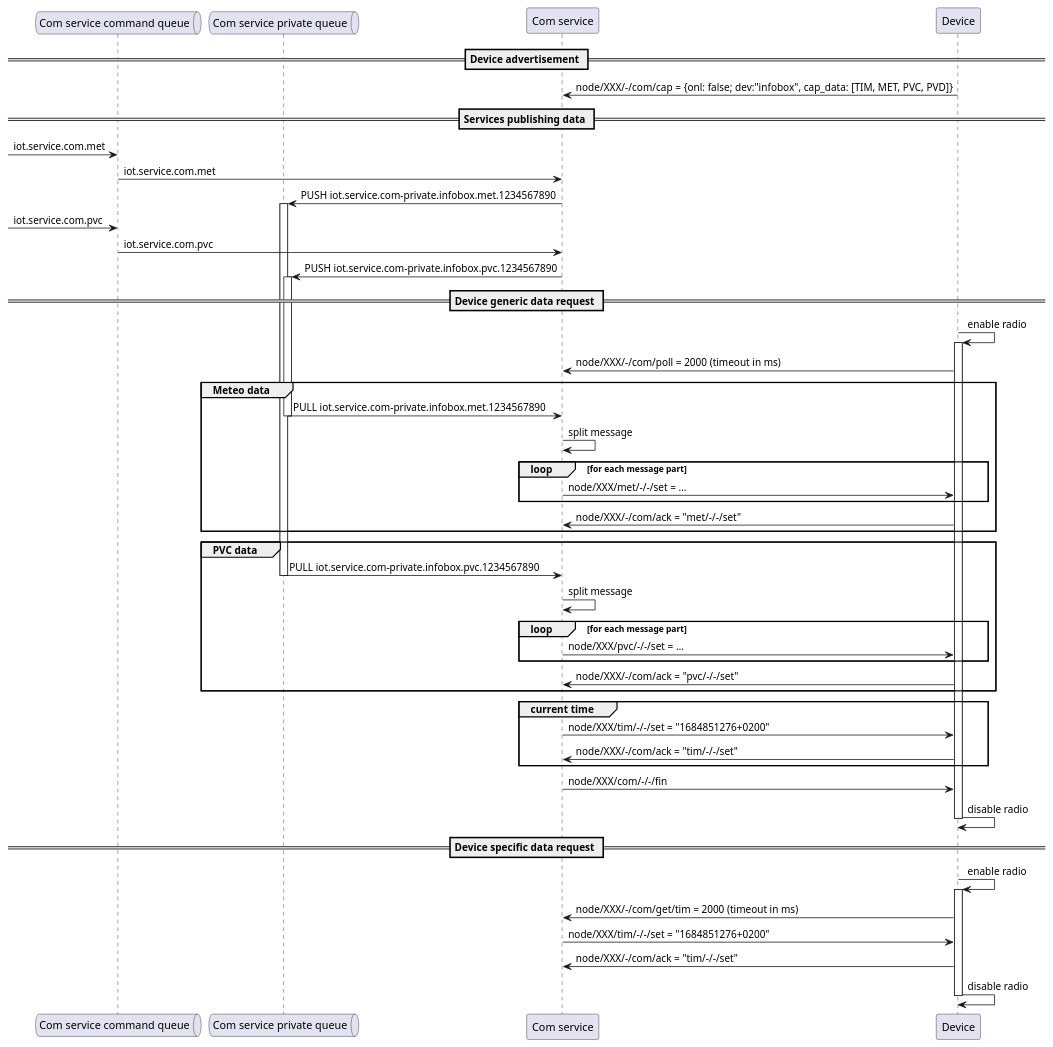
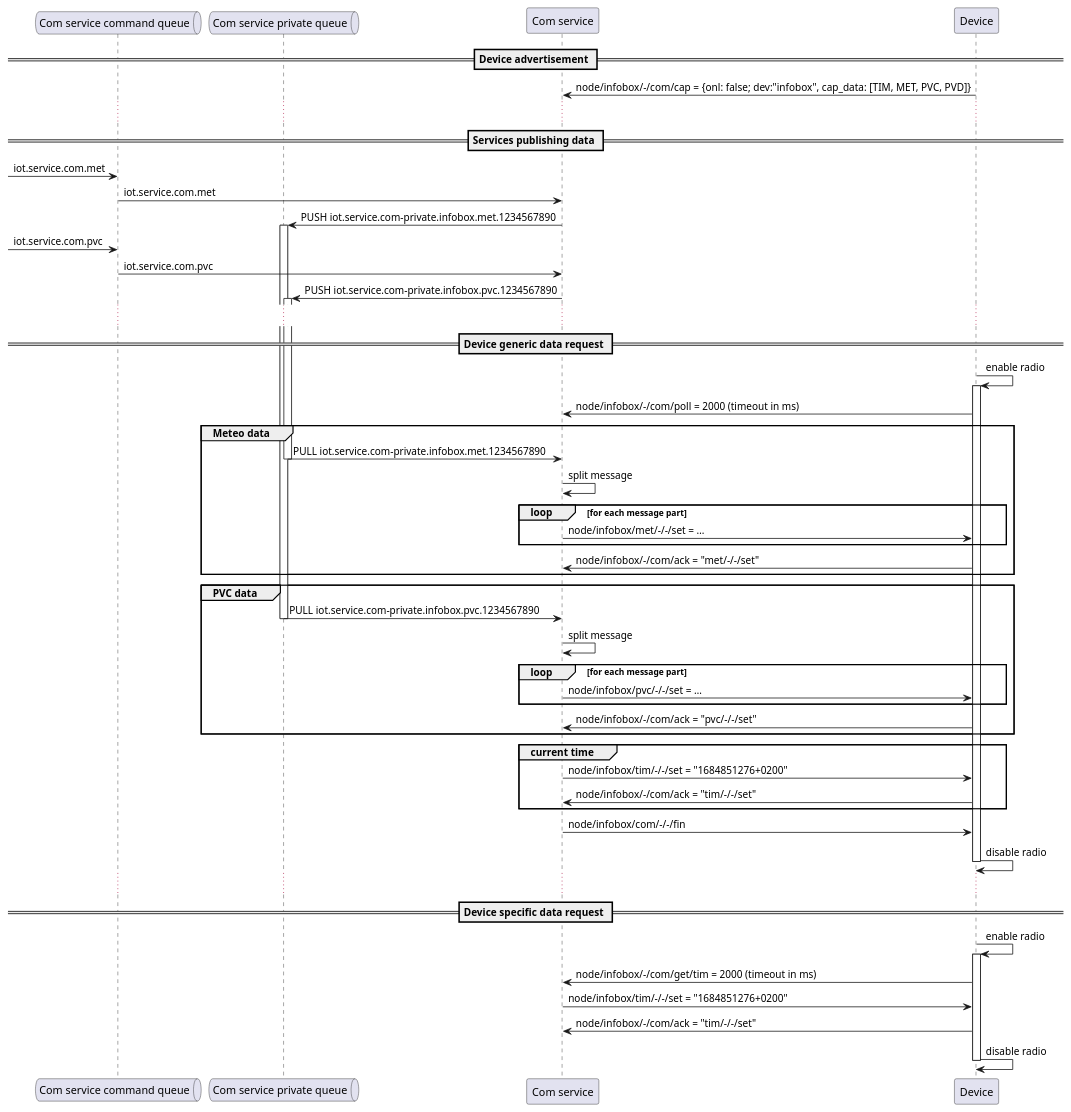
Before and after one commit to mixicz/iot-service-com: the diagram in doc/offline-communication-seq.pu, drawn with PlantUML.

Commit message:
clarify topic name

```diff
--- a/doc/offline-communication-seq.pu
+++ b/doc/offline-communication-seq.pu
@@ -1,57 +1,60 @@
 @startuml offline communication
 
 queue GW_CMD as "Com service command queue"
 queue GW_Q as "Com service private queue"
 participant GW as "Com service"
 participant DEV as "Device"
 
 == Device advertisement ==
 
-DEV -> GW : node/XXX/-/com/cap = {onl: false; dev:"infobox", cap_data: [TIM, MET, PVC, PVD]}
+DEV -> GW : node/infobox/-/com/cap = {onl: false; dev:"infobox", cap_data: [TIM, MET, PVC, PVD]}
+...
 
 == Services publishing data ==
 
 [-> GW_CMD : iot.service.com.met
 GW_CMD -> GW : iot.service.com.met
 GW -> GW_Q++ : PUSH iot.service.com-private.infobox.met.1234567890
 
 [-> GW_CMD : iot.service.com.pvc
 GW_CMD -> GW : iot.service.com.pvc
 GW -> GW_Q++ : PUSH iot.service.com-private.infobox.pvc.1234567890
+...
 
 == Device generic data request ==
 
 DEV -> DEV++ : enable radio
-DEV -> GW : node/XXX/-/com/poll = 2000 (timeout in ms)
+DEV -> GW : node/infobox/-/com/poll = 2000 (timeout in ms)
 group Meteo data 
     GW_Q -> GW-- : PULL iot.service.com-private.infobox.met.1234567890
     GW -> GW : split message
     loop for each message part
-        GW -> DEV : node/XXX/met/-/-/set = …
+        GW -> DEV : node/infobox/met/-/-/set = …
     end
-    DEV -> GW : node/XXX/-/com/ack = "met/-/-/set"
+    DEV -> GW : node/infobox/-/com/ack = "met/-/-/set"
 end
 group PVC data
     GW_Q -> GW-- : PULL iot.service.com-private.infobox.pvc.1234567890
     GW -> GW : split message
     loop for each message part
-        GW -> DEV : node/XXX/pvc/-/-/set = …
+        GW -> DEV : node/infobox/pvc/-/-/set = …
     end
-    DEV -> GW : node/XXX/-/com/ack = "pvc/-/-/set"
+    DEV -> GW : node/infobox/-/com/ack = "pvc/-/-/set"
 end
 group current time
-    GW -> DEV : node/XXX/tim/-/-/set = "1684851276+0200"
-    DEV -> GW : node/XXX/-/com/ack = "tim/-/-/set"
+    GW -> DEV : node/infobox/tim/-/-/set = "1684851276+0200"
+    DEV -> GW : node/infobox/-/com/ack = "tim/-/-/set"
 end
-GW -> DEV : node/XXX/com/-/-/fin
+GW -> DEV : node/infobox/com/-/-/fin
 DEV -> DEV-- : disable radio
+...
 
 == Device specific data request ==
 
 DEV -> DEV++ : enable radio
-DEV -> GW : node/XXX/-/com/get/tim = 2000 (timeout in ms)
-GW -> DEV : node/XXX/tim/-/-/set = "1684851276+0200"
-DEV -> GW : node/XXX/-/com/ack = "tim/-/-/set"
+DEV -> GW : node/infobox/-/com/get/tim = 2000 (timeout in ms)
+GW -> DEV : node/infobox/tim/-/-/set = "1684851276+0200"
+DEV -> GW : node/infobox/-/com/ack = "tim/-/-/set"
 DEV -> DEV-- : disable radio
 
 @enduml
```
